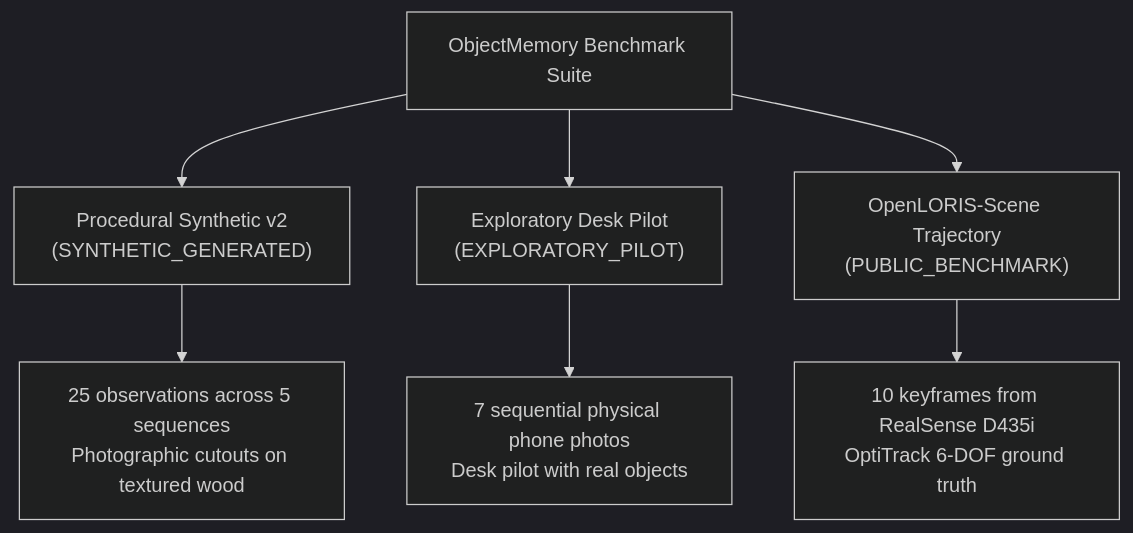
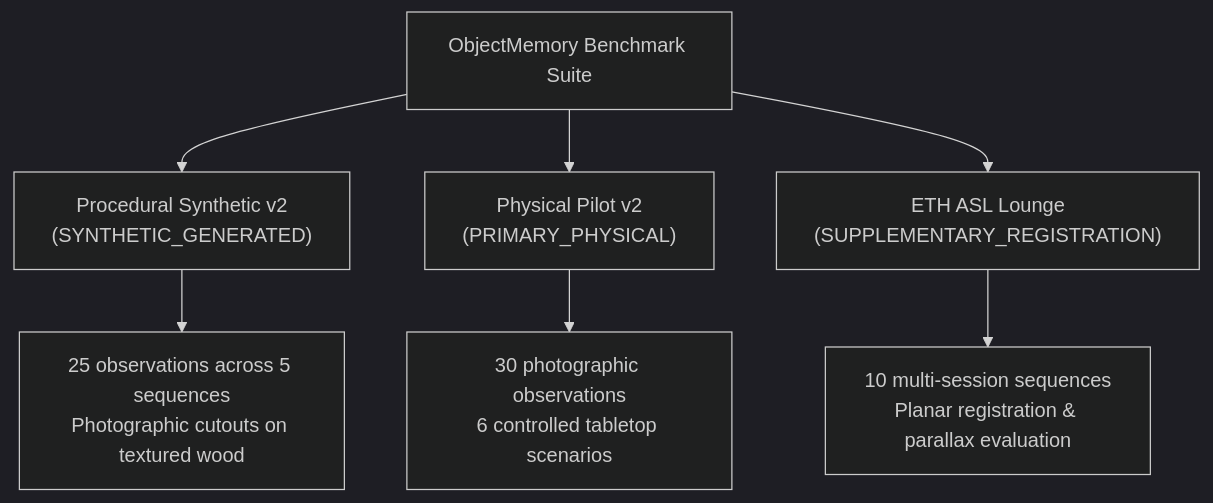
Before and after one commit to Rish244-afk/ObjectMemory: the diagram in docs/EXPERIMENTAL_METHODOLOGY_AND_RESULTS.md, drawn with Mermaid (dark theme). The commit also changed other lines of this file and 8 other files, not shown here.

````diff
--- a/docs/EXPERIMENTAL_METHODOLOGY_AND_RESULTS.md
+++ b/docs/EXPERIMENTAL_METHODOLOGY_AND_RESULTS.md
@@ -28,10 +28,10 @@
 ```mermaid
 graph TD
     A["ObjectMemory Benchmark Suite"] --> B["Procedural Synthetic v2<br/>(SYNTHETIC_GENERATED)"]
-    A --> C["Exploratory Desk Pilot<br/>(EXPLORATORY_PILOT)"]
-    A --> D["OpenLORIS-Scene Trajectory<br/>(PUBLIC_BENCHMARK)"]
+    A --> C["Physical Pilot v2<br/>(PRIMARY_PHYSICAL)"]
+    A --> D["ETH ASL Lounge<br/>(SUPPLEMENTARY_REGISTRATION)"]
     
     B --> B1["25 observations across 5 sequences<br/>Photographic cutouts on textured wood"]
-    C --> C1["7 sequential physical phone photos<br/>Desk pilot with real objects"]
-    D --> D1["10 keyframes from RealSense D435i<br/>OptiTrack 6-DOF ground truth"]
+    C --> C1["30 photographic observations<br/>6 controlled tabletop scenarios"]
+    D --> D1["10 multi-session sequences<br/>Planar registration & parallax evaluation"]
 ```
````
